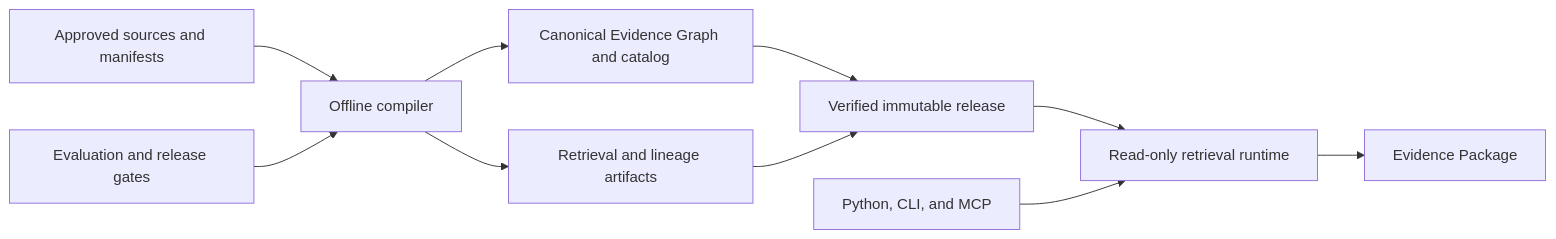
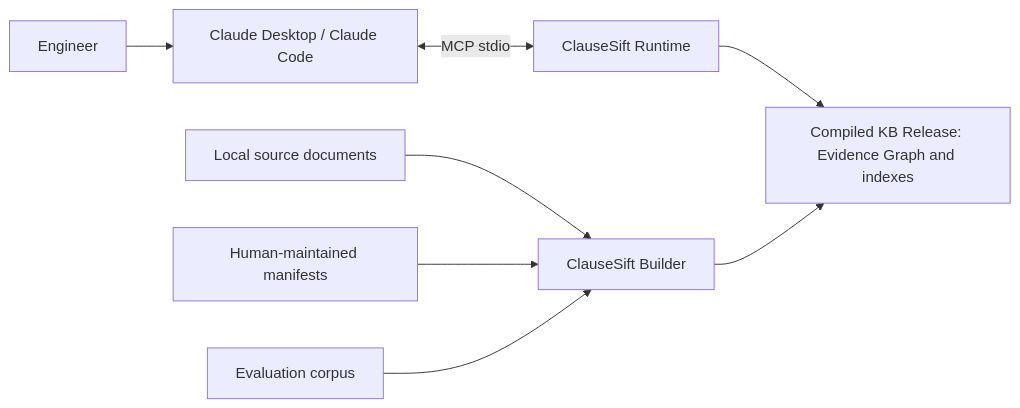
The first of 2 diagrams in docs/design-brief.md (grammy-jiang/clause-sift), drawn with Mermaid before and after one commit. The commit also changed other lines of this file, not shown here.

````diff
--- a/docs/design-brief.md
+++ b/docs/design-brief.md
@@ -70,22 +65,10 @@
 ```mermaid
 flowchart LR
-    SOURCES[Approved sources and manifests]
-    COMPILER[Offline compiler]
-    MODEL[Canonical Evidence Graph and catalog]
-    ARTIFACTS[Retrieval and lineage artifacts]
-    RELEASE[Verified immutable release]
-    RUNTIME[Read-only retrieval runtime]
-    INTERFACES[Python, CLI, and MCP]
-    PACKAGE[Evidence Package]
-    EVAL[Evaluation and release gates]
-
-    SOURCES --> COMPILER
-    COMPILER --> MODEL
-    COMPILER --> ARTIFACTS
-    MODEL --> RELEASE
-    ARTIFACTS --> RELEASE
-    EVAL --> COMPILER
-    RELEASE --> RUNTIME
-    INTERFACES --> RUNTIME
-    RUNTIME --> PACKAGE
+    U[Engineer] --> C[Claude Desktop / Claude Code]
+    C <-->|MCP stdio| R[ClauseSift Runtime]
+    R --> K[Compiled KB Release: Evidence Graph and indexes]
+    B[ClauseSift Builder] --> K
+    S[Local source documents] --> B
+    M[Human-maintained manifests] --> B
+    E[Evaluation corpus] --> B
 ```
````
